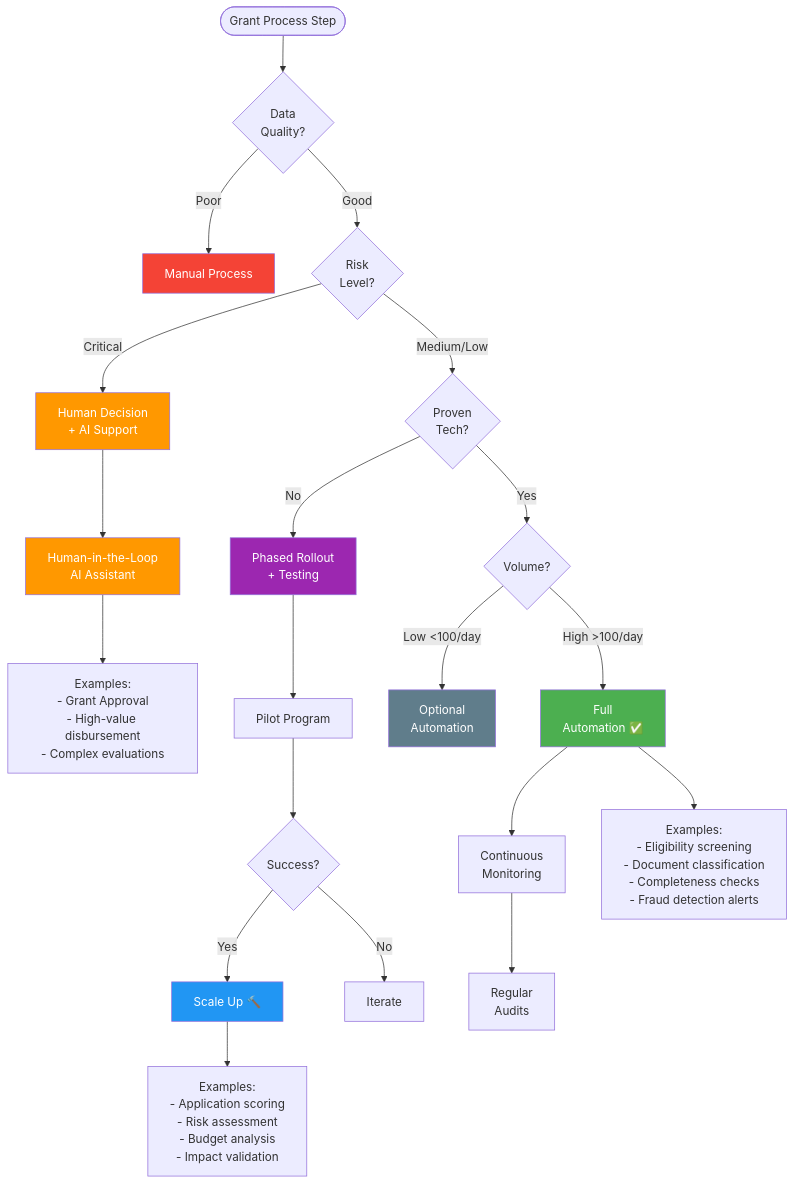
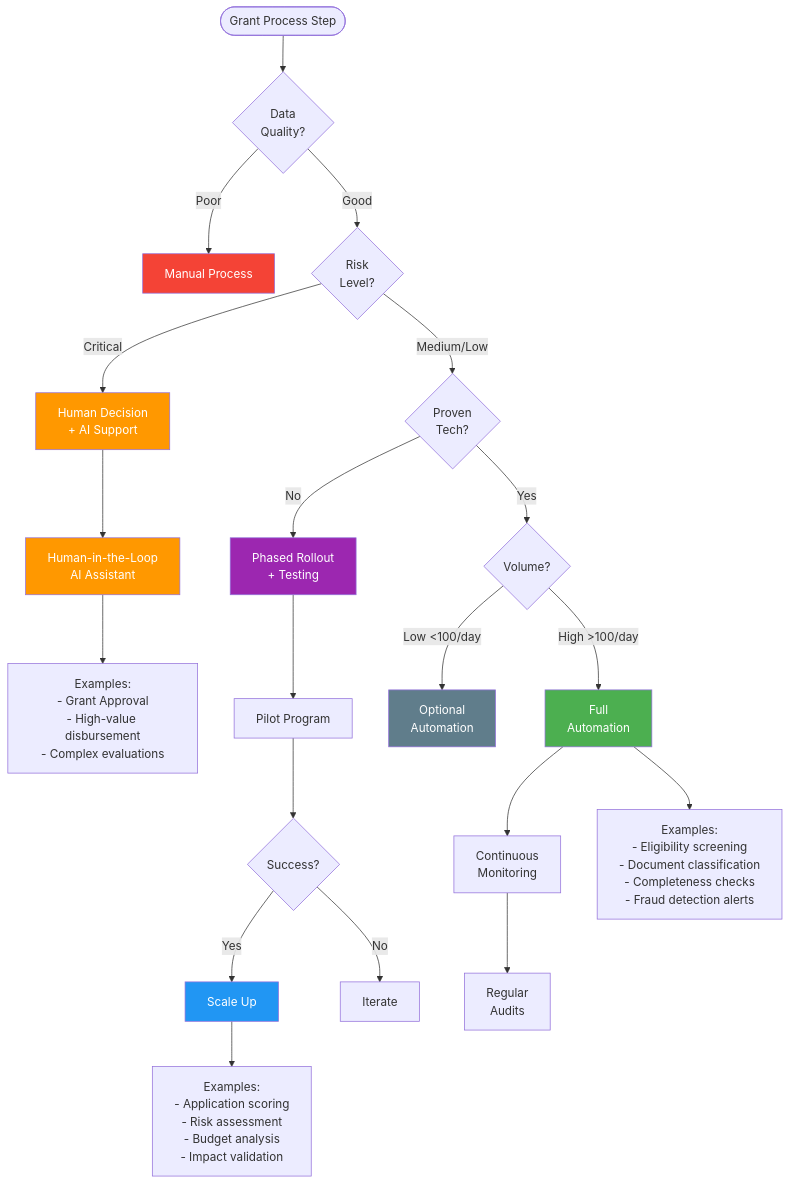
One commit to maxde-f/emergency-grant-docs changed the seventh of 11 diagrams in architecture.md. Above: the diagram before and after it, drawn with Mermaid. The commit also changed other lines of this file and 21 other files, not shown here.

````diff
--- a/architecture.md
+++ b/architecture.md
@@ -492,40 +492,40 @@
 ```mermaid
 graph TB
     Start([Grant Process Step]) --> Q1{Data<br/>Quality?}
     
     Q1 -->|Poor| Manual1[Manual Process]
     Q1 -->|Good| Q2{Risk<br/>Level?}
     
     Q2 -->|Critical| Manual2[Human Decision<br/>+ AI Support]
     Q2 -->|Medium/Low| Q3{Proven<br/>Tech?}
     
     Q3 -->|No| Manual3[Phased Rollout<br/>+ Testing]
     Q3 -->|Yes| Q4{Volume?}
     
     Q4 -->|Low <100/day| Manual4[Optional<br/>Automation]
-    Q4 -->|High >100/day| Auto[Full<br/>Automation ✅]
+    Q4 -->|High >100/day| Auto[Full<br/>Automation]
     
     Manual2 --> HumanLoop[Human-in-the-Loop<br/>AI Assistant]
     
     Manual3 --> Pilot[Pilot Program]
     Pilot --> Test{Success?}
-    Test -->|Yes| Scale[Scale Up 🔨]
+    Test -->|Yes| Scale[Scale Up]
     Test -->|No| Iterate[Iterate]
     
     Auto --> Monitor[Continuous<br/>Monitoring]
     Monitor --> Audit[Regular<br/>Audits]
     
     HumanLoop --> Examples1["Examples:<br/>- Grant Approval<br/>- High-value disbursement<br/>- Complex evaluations"]
     
     Auto --> Examples2["Examples:<br/>- Eligibility screening<br/>- Document classification<br/>- Completeness checks<br/>- Fraud detection alerts"]
     
     Scale --> Examples3["Examples:<br/>- Application scoring<br/>- Risk assessment<br/>- Budget analysis<br/>- Impact validation"]
     
     style Auto fill:#4caf50,color:#fff
     style HumanLoop fill:#ff9800,color:#fff
     style Scale fill:#2196f3,color:#fff
     style Manual1 fill:#f44336,color:#fff
     style Manual2 fill:#ff9800,color:#fff
     style Manual3 fill:#9c27b0,color:#fff
     style Manual4 fill:#607d8b,color:#fff
 ```
````
